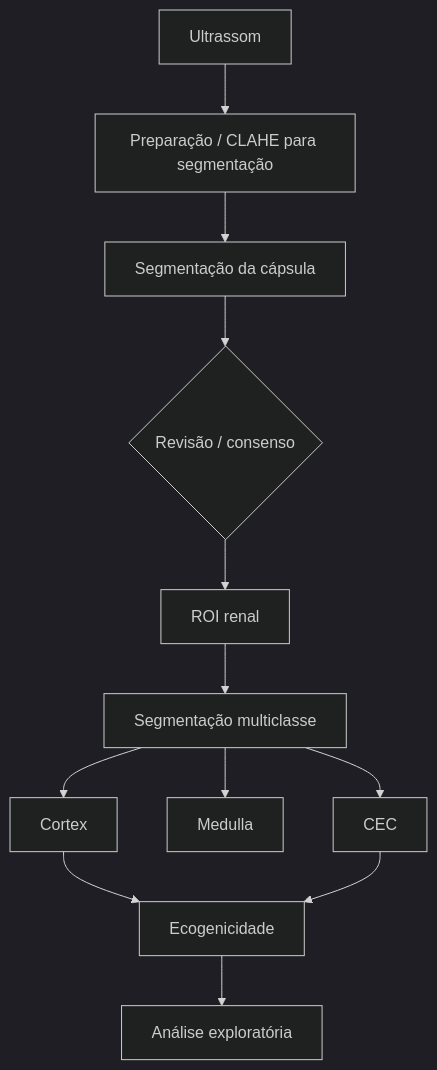
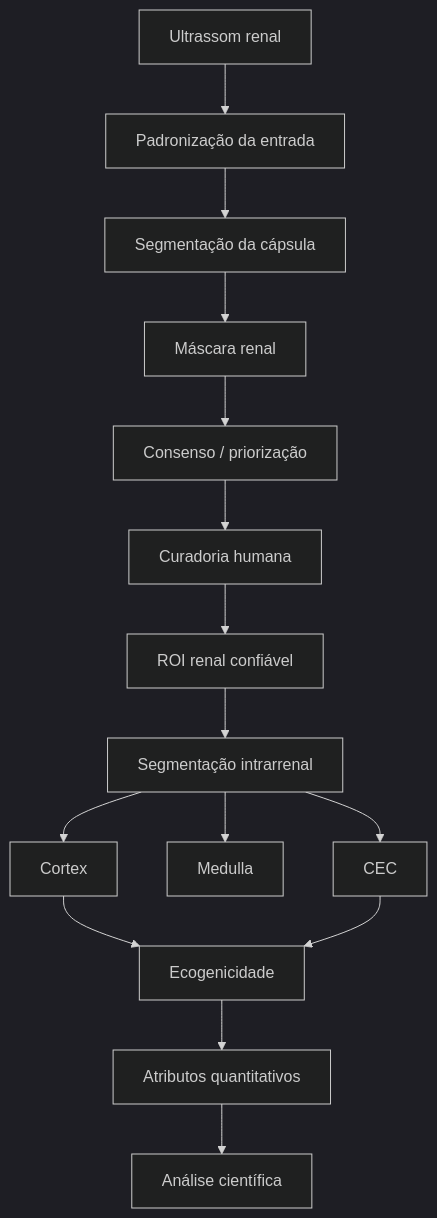
One commit to 0rakul0/kidney changed the diagram in docs/wiki/arquitetura.md. Above: the diagram before and after it, drawn with Mermaid (dark theme). The commit also changed other lines of this file, not shown here.

````diff
--- a/docs/wiki/arquitetura.md
+++ b/docs/wiki/arquitetura.md
@@ -9,14 +13,17 @@
 ```mermaid
 flowchart TD
-    A[Ultrassom] --> B[Preparação / CLAHE para segmentação]
+    A[Ultrassom renal] --> B[Padronização da entrada]
     B --> C[Segmentação da cápsula]
-    C --> D{Revisão / consenso}
-    D --> E[ROI renal]
-    E --> F[Segmentação multiclasse]
-    F --> G[Cortex]
-    F --> H[Medulla]
-    F --> I[CEC]
-    G --> J[Ecogenicidade]
-    I --> J
-    J --> K[Análise exploratória]
+    C --> D[Máscara renal]
+    D --> E[Consenso / priorização]
+    E --> F[Curadoria humana]
+    F --> G[ROI renal confiável]
+    G --> H[Segmentação intrarrenal]
+    H --> I[Cortex]
+    H --> J[Medulla]
+    H --> K[CEC]
+    I --> L[Ecogenicidade]
+    K --> L
+    L --> M[Atributos quantitativos]
+    M --> N[Análise científica]
 ```
````
